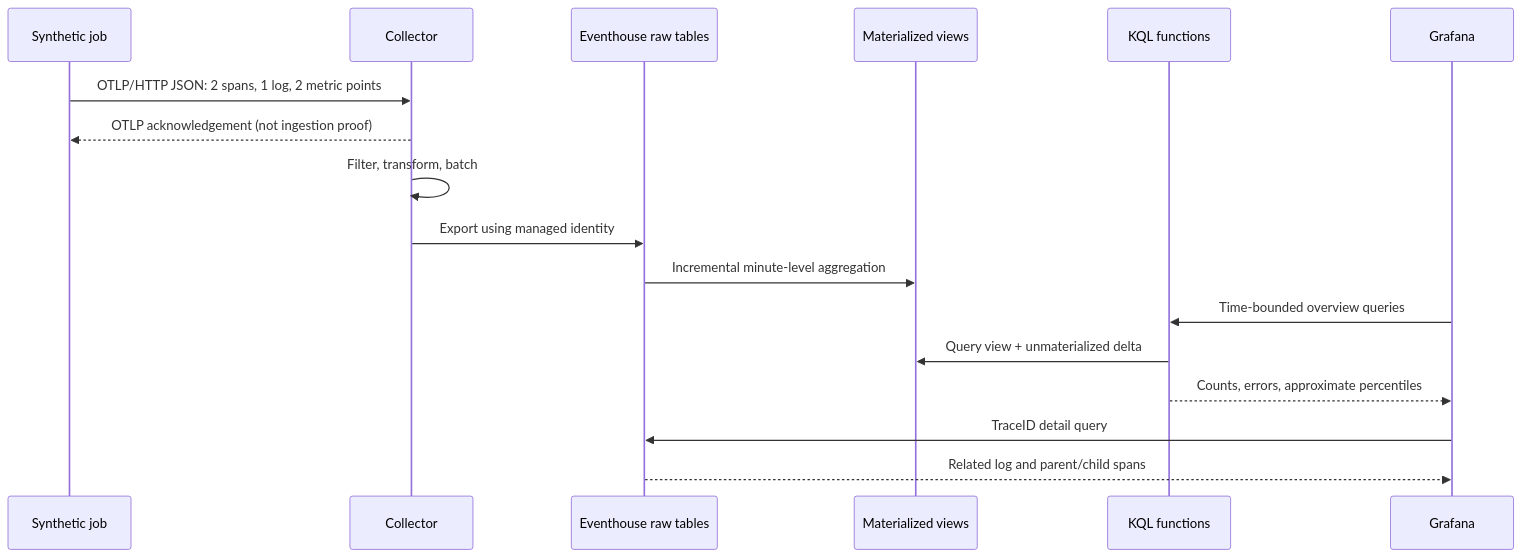
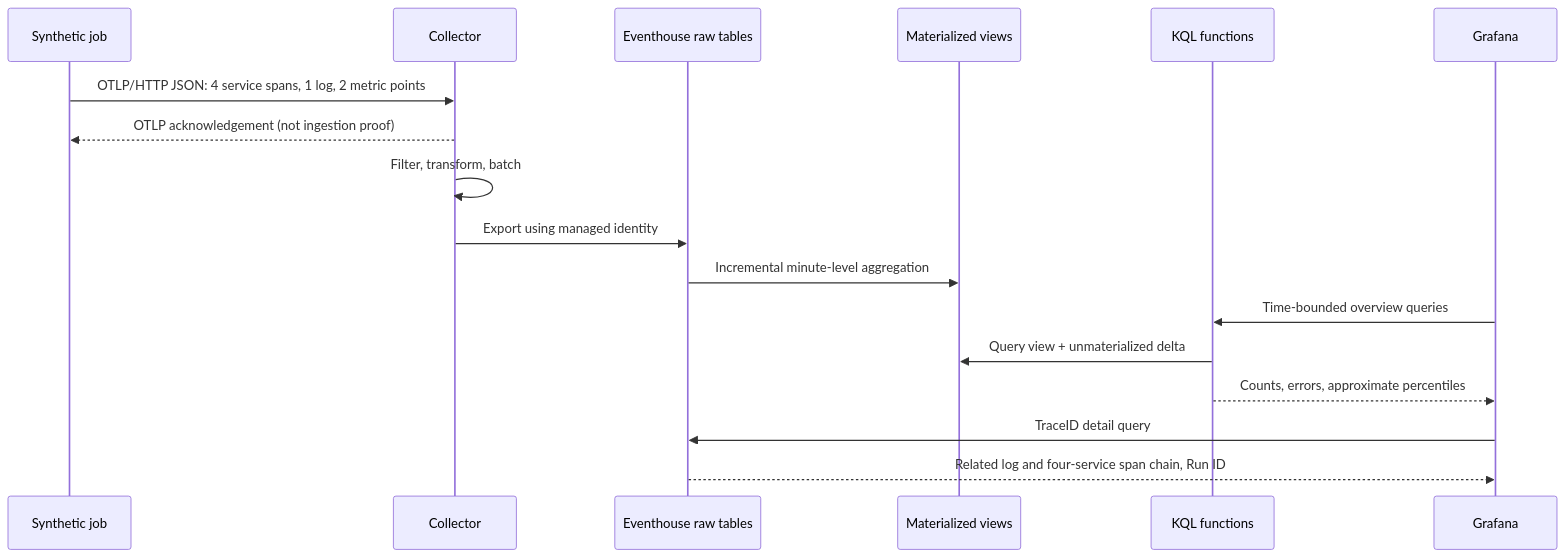
Before and after one commit to msftse-org/fabric-rti-monitoring: the diagram in docs/diagrams/data-flow.mmd, drawn with Mermaid. The commit also changed 28 other files, not shown here.

```diff
--- a/docs/diagrams/data-flow.mmd
+++ b/docs/diagrams/data-flow.mmd
@@ -1,17 +1,17 @@
 sequenceDiagram
   participant Job as Synthetic job
   participant OTel as Collector
   participant Raw as Eventhouse raw tables
   participant MV as Materialized views
   participant KQL as KQL functions
   participant G as Grafana
-  Job->>OTel: OTLP/HTTP JSON: 2 spans, 1 log, 2 metric points
+  Job->>OTel: OTLP/HTTP JSON: 4 service spans, 1 log, 2 metric points
   OTel-->>Job: OTLP acknowledgement (not ingestion proof)
   OTel->>OTel: Filter, transform, batch
   OTel->>Raw: Export using managed identity
   Raw->>MV: Incremental minute-level aggregation
   G->>KQL: Time-bounded overview queries
   KQL->>MV: Query view + unmaterialized delta
   KQL-->>G: Counts, errors, approximate percentiles
   G->>Raw: TraceID detail query
-  Raw-->>G: Related log and parent/child spans
+  Raw-->>G: Related log and four-service span chain, Run ID
```
